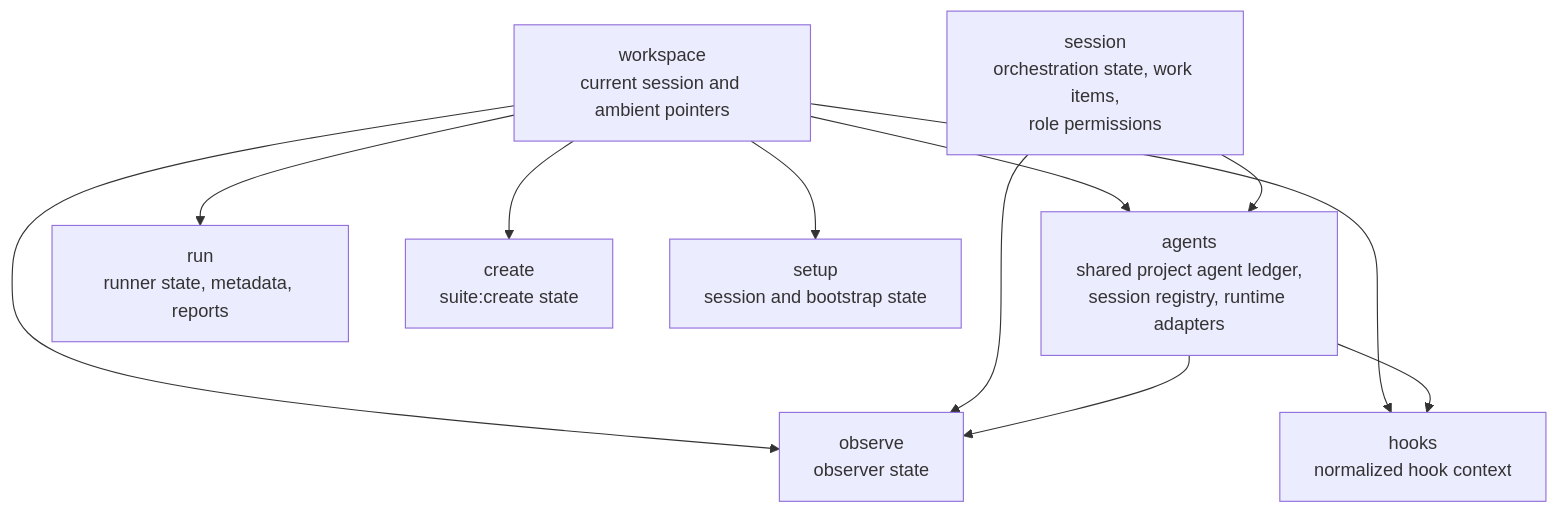
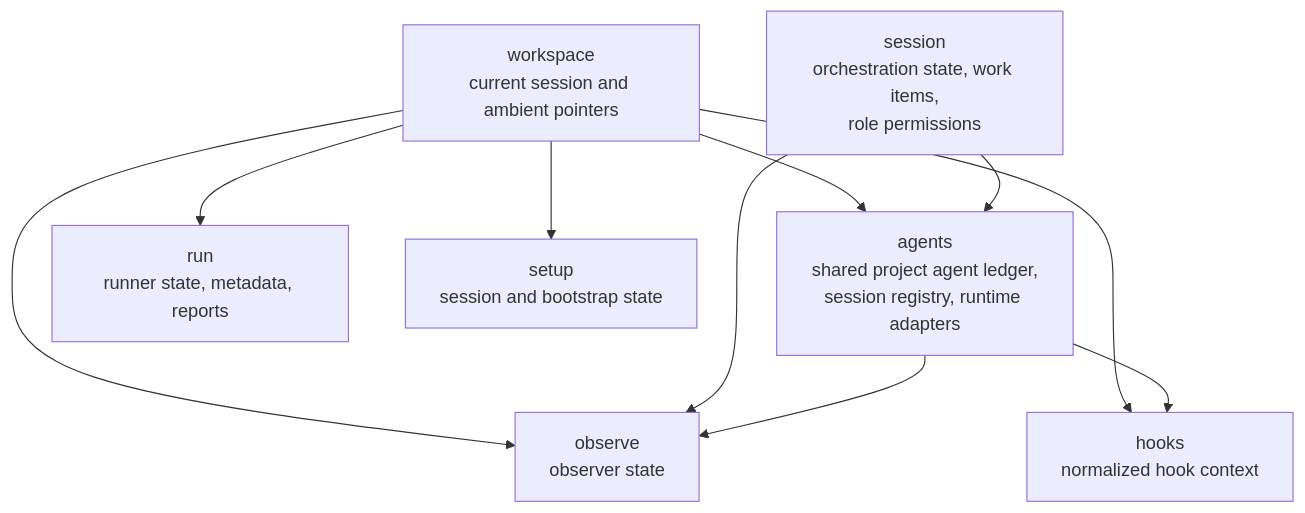
The third of 3 diagrams in ARCHITECTURE.md (smykla-skalski/harness), drawn with Mermaid before and after one commit. The commit also changed other lines of this file and 32 other files, not shown here.

````diff
--- a/ARCHITECTURE.md
+++ b/ARCHITECTURE.md
@@ -155,22 +147,20 @@
 ```mermaid
 flowchart TD
     Workspace["workspace\ncurrent session and ambient pointers"]
     Agents["agents\nshared project agent ledger,\nsession registry, runtime adapters"]
     Session["session\norchestration state, work items,\nrole permissions"]
     Run["run\nrunner state, metadata, reports"]
-    Create["create\nsuite:create state"]
     Observe["observe\nobserver state"]
     Setup["setup\nsession and bootstrap state"]
     Hooks["hooks\nnormalized hook context"]
 
     Workspace --> Agents
     Workspace --> Run
-    Workspace --> Create
     Workspace --> Observe
     Workspace --> Setup
     Workspace --> Hooks
     Session --> Agents
     Session --> Observe
     Agents --> Observe
     Agents --> Hooks
 ```
````
